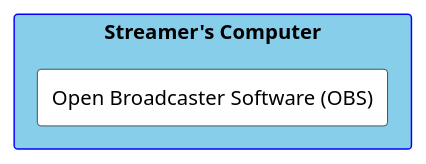
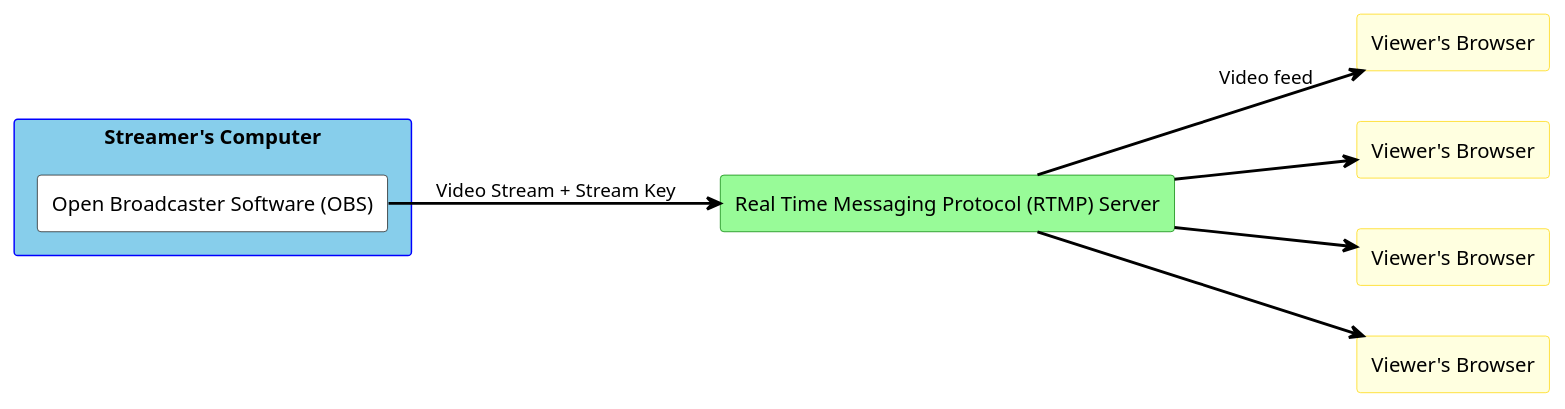
Before and after one commit to zearkiatos/architecture-diagrams: the diagram in ReactJS/reactStreamingApplication.puml, drawn with PlantUML.

Commit message:
Ending video streaming application architecture

```diff
--- a/ReactJS/reactStreamingApplication.puml
+++ b/ReactJS/reactStreamingApplication.puml
@@ -1,5 +1,19 @@
 @startuml
+    left to right direction
     rectangle "Streamer's Computer" #SkyBlue;line:Blue {
         rectangle "Open Broadcaster Software (OBS)" as obs #White
     }
+
+    rectangle "Real Time Messaging Protocol (RTMP) Server" as rtmp #PaleGreen;line:Green
+    
+    rectangle "Viewer's Browser" as view1 #LightYellow;line:Gold
+    rectangle "Viewer's Browser" as view2 #LightYellow;line:Gold
+    rectangle "Viewer's Browser" as view3 #LightYellow;line:Gold
+    rectangle "Viewer's Browser" as view4 #LightYellow;line:Gold
+
+    obs -[#Black;bold]-> rtmp: "Video Stream + Stream Key"
+    rtmp -[#Black;bold]-> view1 : "Video feed"
+    rtmp -[#Black;bold]-> view2
+    rtmp -[#Black;bold]-> view3
+    rtmp -[#Black;bold]-> view4
 @enduml
```
